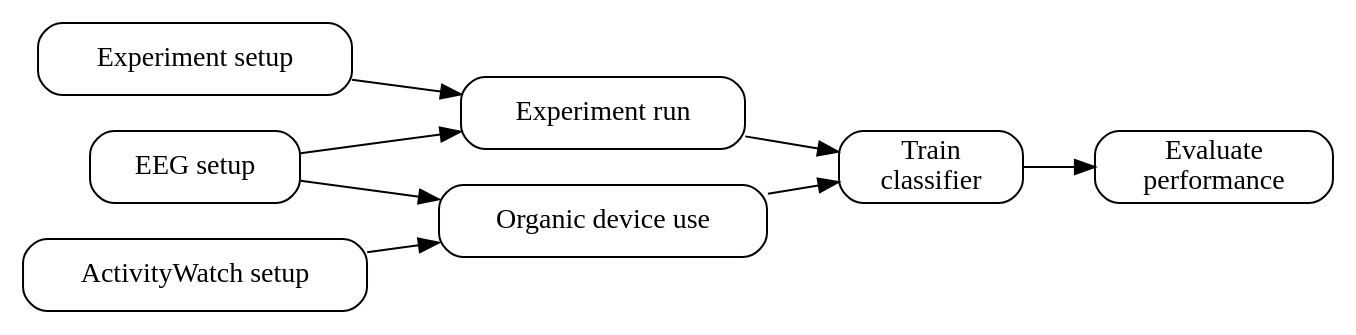
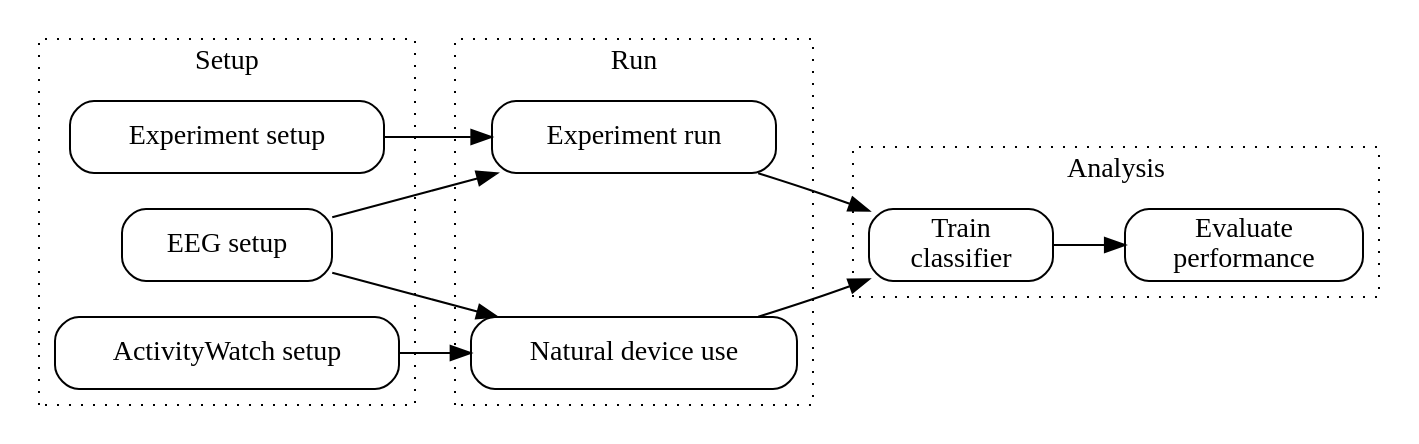
Before and after one commit to ErikBjare/thesis: the diagram in docs/tex/img/method.dot, drawn with Graphviz. The commit also changed 9 other files, not shown here.

```diff
--- a/docs/tex/img/method.dot
+++ b/docs/tex/img/method.dot
@@ -1,30 +1,49 @@
 digraph graphname {
     node [margin="0.2, 0", shape=box, style=rounded];
     rankdir=LR;
     // TODO: Should I have seperate diagrams for the two conditions?
 
     // Controlled
     C2[label="Experiment setup"];
     C1[label="EEG setup"];
     C3[label="Experiment run"];
     C1 -> C3;
     C2 -> C3;
     C3 -> A1;
     //{rank = same; C1; C2;}
 
+    // To vertically align the clusters
+    INVIS[style=invis];
+    C1 -> INVIS [style=invis; weight=100];
+
     // Uncontrolled
     //U1[label="EEG setup"];
     U2[label="ActivityWatch setup"];
-    U3[label="Organic device use"];
+    U3[label="Natural device use"];
     C1 -> U3;
     U2 -> U3;
     U3 -> A1;
     //{rank = same; U1; U2; U3;}
 
     // Analysis
     A1[label="Train\nclassifier"];
     A2[label="Evaluate\nperformance"];
     A1 -> A2;
     //{rank = same; A1; A2;}
 
+    subgraph cluster_setup { 
+        label="Setup";
+        style=dotted;
+        C1; C2; U2;
+    }
+    subgraph cluster_run { 
+        label="Run";
+        style=dotted;
+        C3; INVIS; U3;
+    }
+    subgraph cluster_analysis { 
+        label="Analysis";
+        style=dotted;
+        A1; A2;
+    }
 }
```
